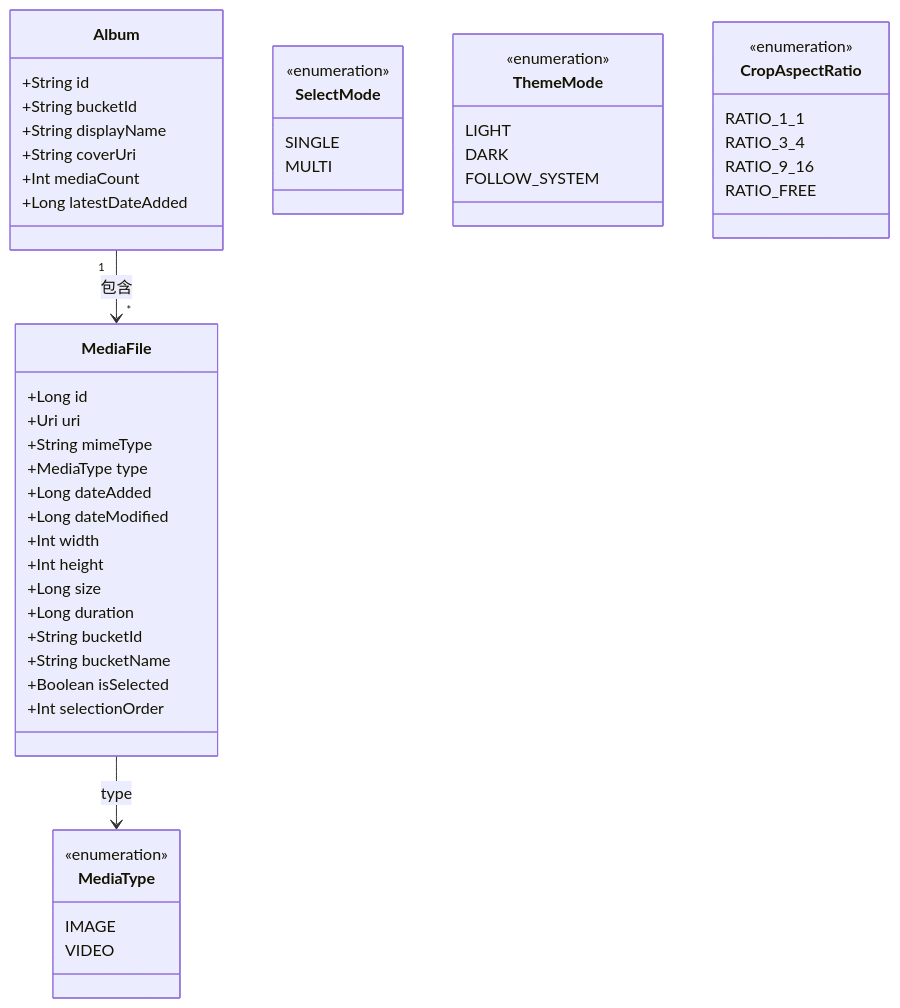
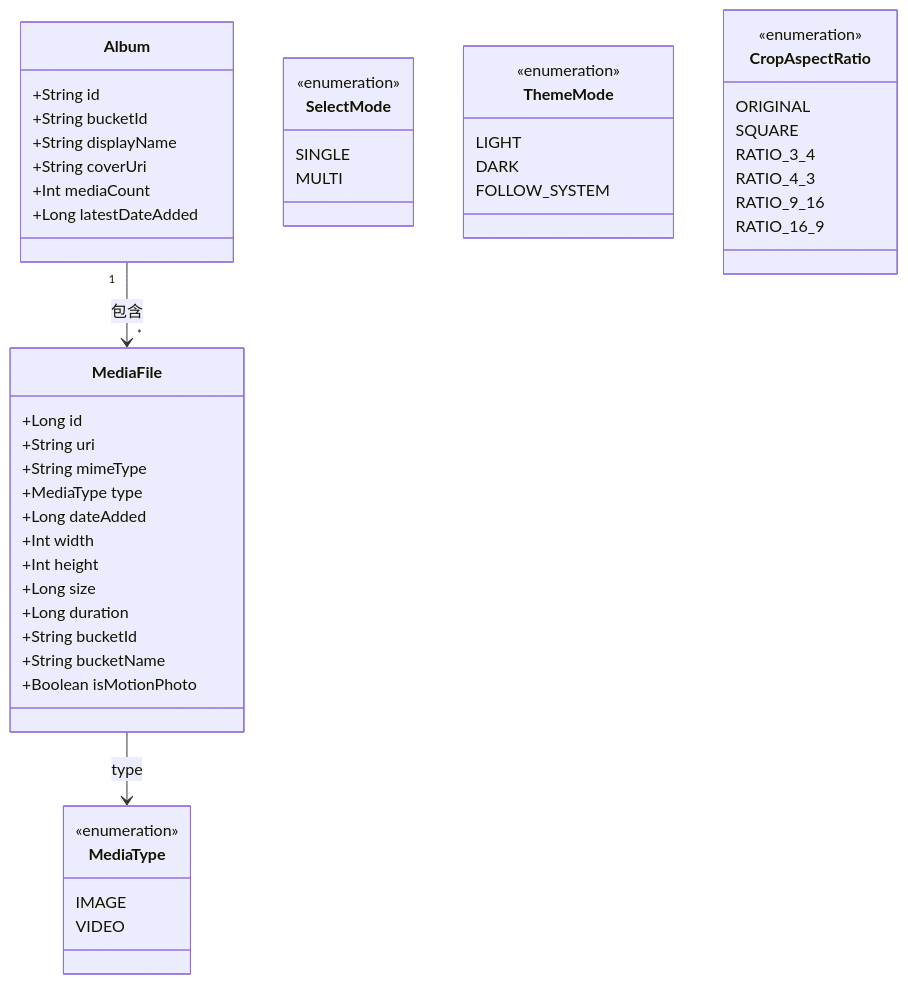
Before and after one commit to Hu12037102/photo_choice: the eighth of 15 diagrams in PRD.md, drawn with Mermaid. The commit also changed other lines of this file and 3 other files, not shown here.

````diff
--- a/PRD.md
+++ b/PRD.md
@@ -245,58 +256,58 @@
 ```mermaid
 classDiagram
     class Album {
         +String id
         +String bucketId
         +String displayName
         +String coverUri
         +Int mediaCount
         +Long latestDateAdded
     }
 
     class MediaFile {
         +Long id
-        +Uri uri
+        +String uri
         +String mimeType
         +MediaType type
         +Long dateAdded
-        +Long dateModified
         +Int width
         +Int height
         +Long size
         +Long duration
         +String bucketId
         +String bucketName
-        +Boolean isSelected
-        +Int selectionOrder
+        +Boolean isMotionPhoto
     }
 
     class MediaType {
         <<enumeration>>
         IMAGE
         VIDEO
     }
 
     class SelectMode {
         <<enumeration>>
         SINGLE
         MULTI
     }
 
     class ThemeMode {
         <<enumeration>>
         LIGHT
         DARK
         FOLLOW_SYSTEM
     }
 
     class CropAspectRatio {
         <<enumeration>>
-        RATIO_1_1
+        ORIGINAL
+        SQUARE
         RATIO_3_4
+        RATIO_4_3
         RATIO_9_16
-        RATIO_FREE
+        RATIO_16_9
     }
 
     Album "1" --> "*" MediaFile : 包含
     MediaFile --> MediaType : type
 ```
````
